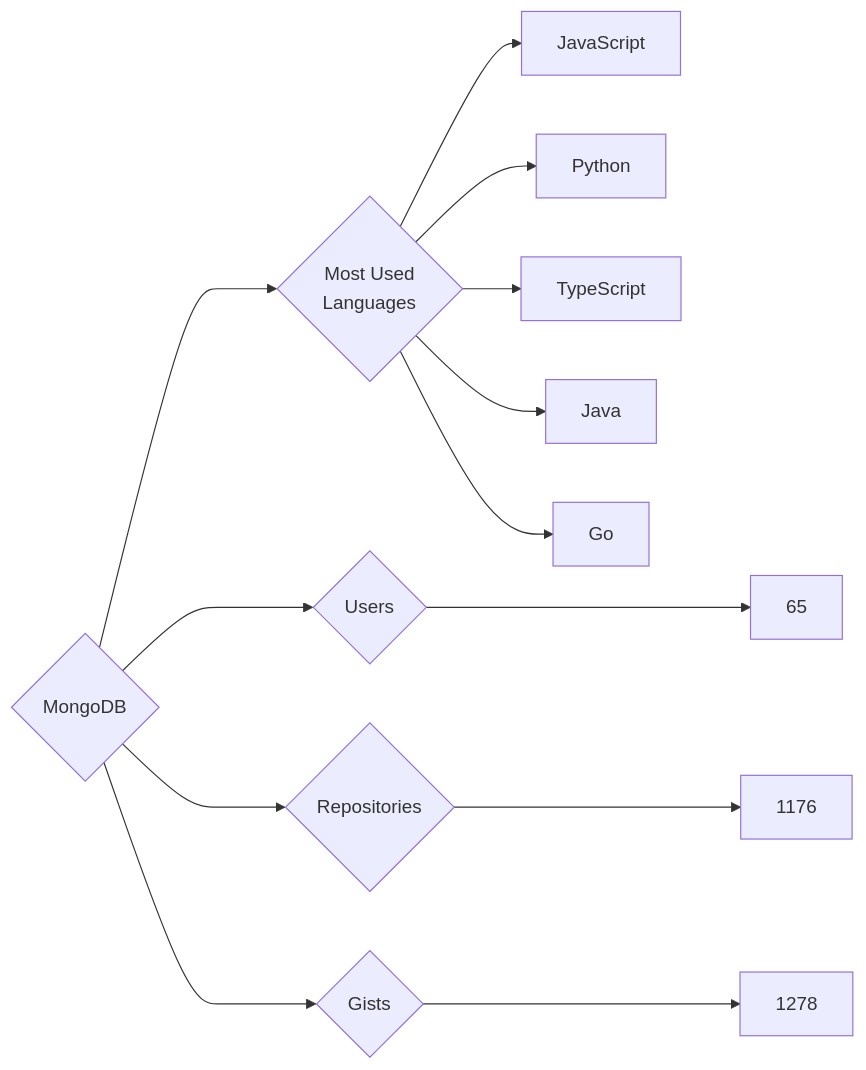
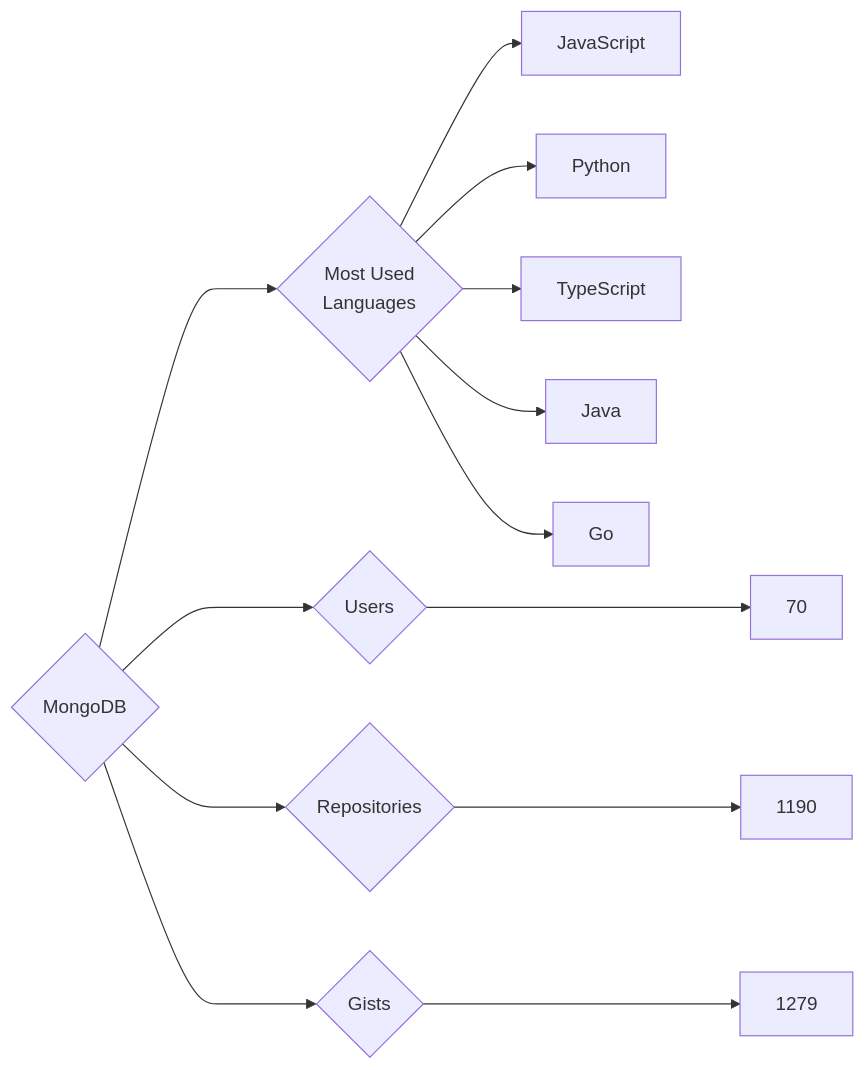
One commit to trickest/insiders changed the diagram in targets/MongoDB/README.md. Above: the diagram before and after it, drawn with Mermaid. The commit also changed 953 other files, not shown here.

````diff
--- a/targets/MongoDB/README.md
+++ b/targets/MongoDB/README.md
@@ -3,13 +3,13 @@
 ```mermaid
 graph LR
 COMPANY_NAME{MongoDB}
-COMPANY_NAME ---> U{Users} ---> UN[65]
-COMPANY_NAME ---> R{Repositories} ---> RN[1176]
-COMPANY_NAME ---> G{Gists} ---> GN[1278]
+COMPANY_NAME ---> U{Users} ---> UN[70]
+COMPANY_NAME ---> R{Repositories} ---> RN[1190]
+COMPANY_NAME ---> G{Gists} ---> GN[1279]
 COMPANY_NAME ---> ML{Most Used<br>Languages}
 ML --> JavaScript[JavaScript]
 ML --> Python[Python]
 ML --> TypeScript[TypeScript]
 ML --> Java[Java]
 ML --> Go[Go]
 ```
````
